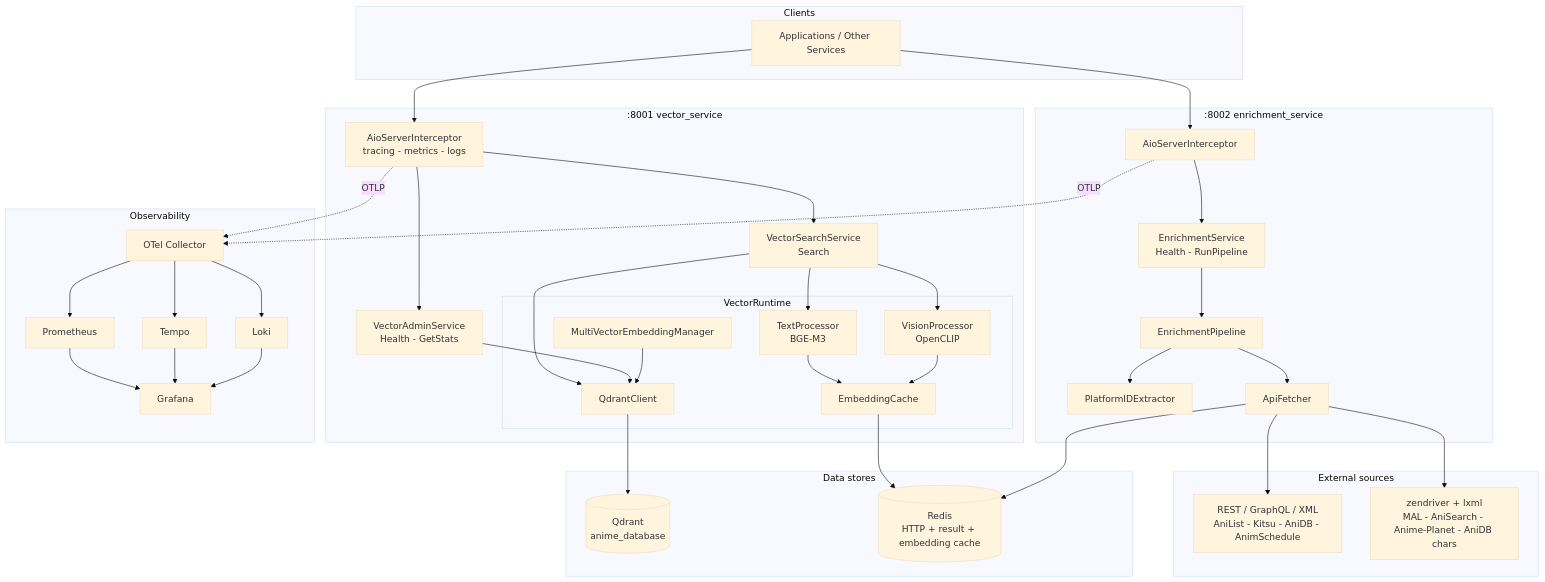
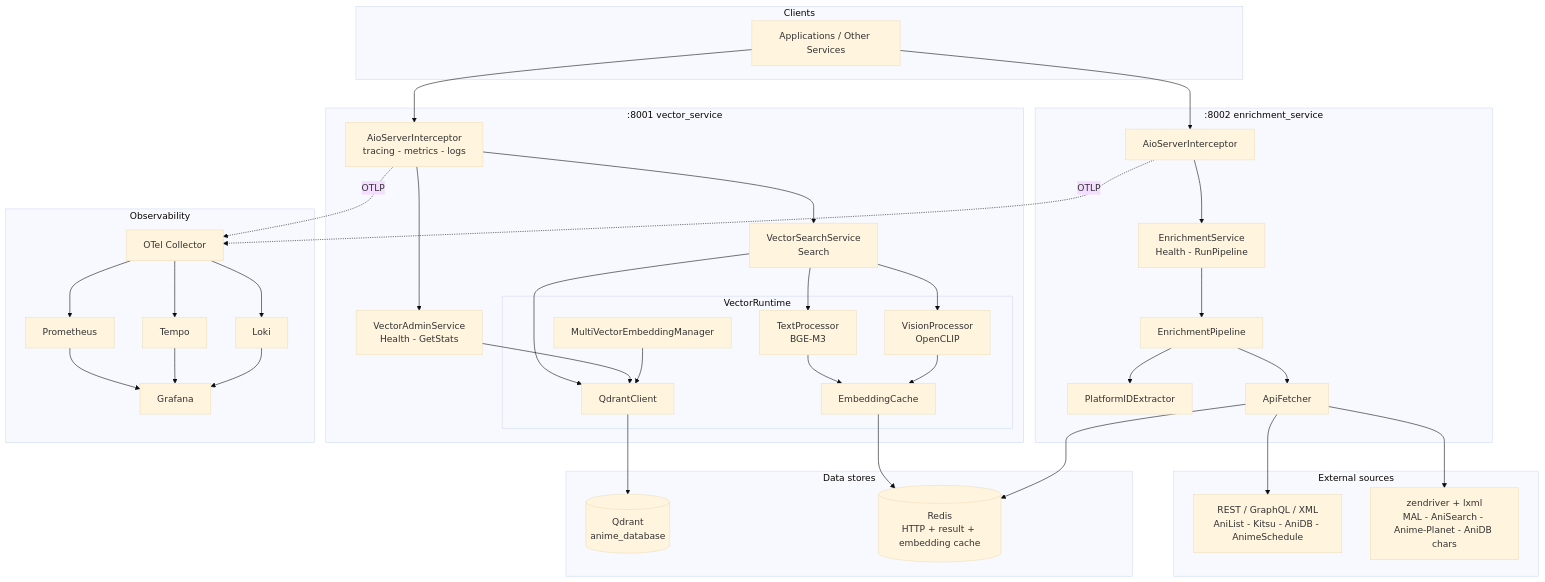
One commit to adnanaq/echora changed the first of 3 diagrams in docs/architecture.md. Above: the diagram before and after it, drawn with Mermaid (base theme). The commit also changed 95 other files, not shown here.

````diff
--- a/docs/architecture.md
+++ b/docs/architecture.md
@@ -20,73 +20,73 @@
 ```mermaid
 graph TB
     subgraph Clients
         C1[Applications / Other Services]
     end
 
     subgraph vector_service[":8001 vector_service"]
         VI[AioServerInterceptor<br/>tracing - metrics - logs]
         VA[VectorAdminService<br/>Health - GetStats]
         VS[VectorSearchService<br/>Search]
         subgraph VR["VectorRuntime"]
             TP[TextProcessor<br/>BGE-M3]
             VP[VisionProcessor<br/>OpenCLIP]
             EM[MultiVectorEmbeddingManager]
             QC[QdrantClient]
             EC[EmbeddingCache]
         end
     end
 
     subgraph enrichment_service[":8002 enrichment_service"]
         EI[AioServerInterceptor]
         ES[EnrichmentService<br/>Health - RunPipeline]
         EP[EnrichmentPipeline]
         IDX[PlatformIDExtractor]
         AF[ApiFetcher]
     end
 
     subgraph Sources["External sources"]
-        API_S[REST / GraphQL / XML<br/>AniList - Kitsu - AniDB - AnimSchedule]
+        API_S[REST / GraphQL / XML<br/>AniList - Kitsu - AniDB - AnimeSchedule]
         CRAWL[zendriver + lxml<br/>MAL - AniSearch - Anime-Planet - AniDB chars]
     end
 
     subgraph Data["Data stores"]
         QD[(Qdrant<br/>anime_database)]
         RD[(Redis<br/>HTTP + result + embedding cache)]
     end
 
     subgraph Obs["Observability"]
         OC[OTel Collector]
         PROM[Prometheus]
         TEMPO[Tempo]
         LOKI[Loki]
         GRAF[Grafana]
     end
 
     C1 --> VI --> VA
     VI --> VS
     VS --> TP
     VS --> VP
     VS --> QC
     VA --> QC
     TP --> EC
     VP --> EC
     EM --> QC
     EC --> RD
     QC --> QD
 
     C1 --> EI --> ES --> EP
     EP --> IDX
     EP --> AF
     AF --> API_S
     AF --> CRAWL
     AF --> RD
 
     VI -.OTLP.-> OC
     EI -.OTLP.-> OC
     OC --> PROM
     OC --> TEMPO
     OC --> LOKI
     PROM --> GRAF
     TEMPO --> GRAF
     LOKI --> GRAF
 ```
````
